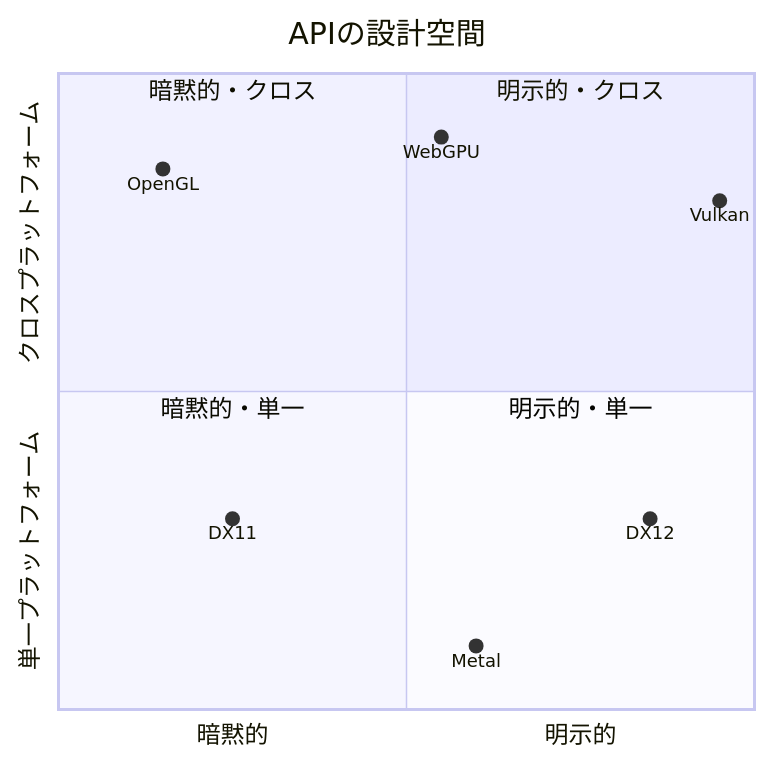
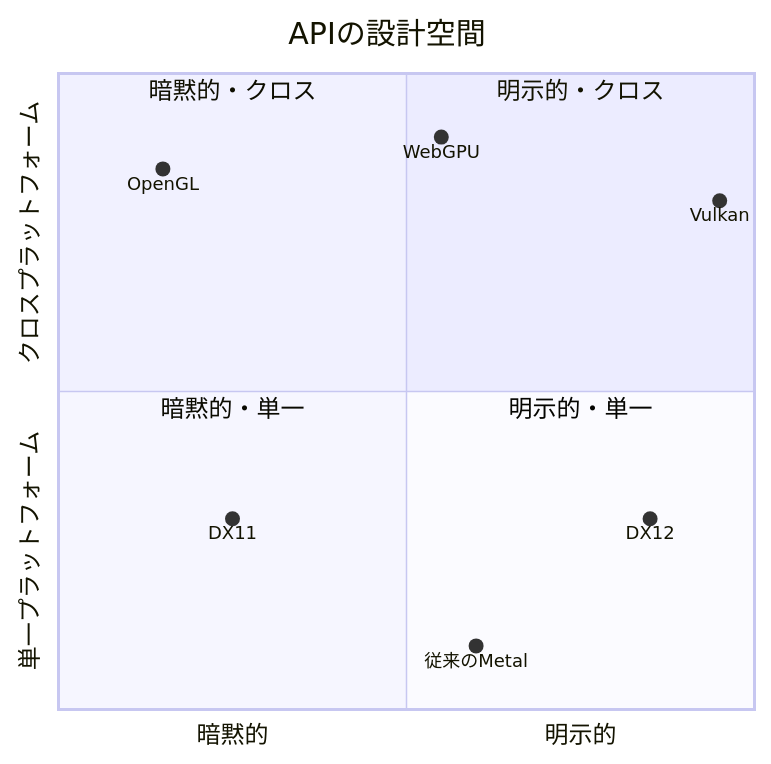
The first of 2 diagrams in study/docs/graphics/api/comparison.md (sny0/sny0.github.io), drawn with Mermaid before and after one commit. The commit also changed other lines of this file and 427 other files, not shown here.

````diff
--- a/study/docs/graphics/api/comparison.md
+++ b/study/docs/graphics/api/comparison.md
@@ -44,16 +44,16 @@
 ```mermaid
 quadrantChart
     title APIの設計空間
     x-axis 暗黙的 --> 明示的
     y-axis 単一プラットフォーム --> クロスプラットフォーム
     quadrant-1 明示的・クロス
     quadrant-2 暗黙的・クロス
     quadrant-3 暗黙的・単一
     quadrant-4 明示的・単一
     OpenGL: [0.15, 0.85]
     WebGPU: [0.55, 0.9]
     Vulkan: [0.95, 0.8]
     DX12: [0.85, 0.3]
-    Metal: [0.6, 0.1]
+    従来のMetal: [0.6, 0.1]
     DX11: [0.25, 0.3]
 ```
````
